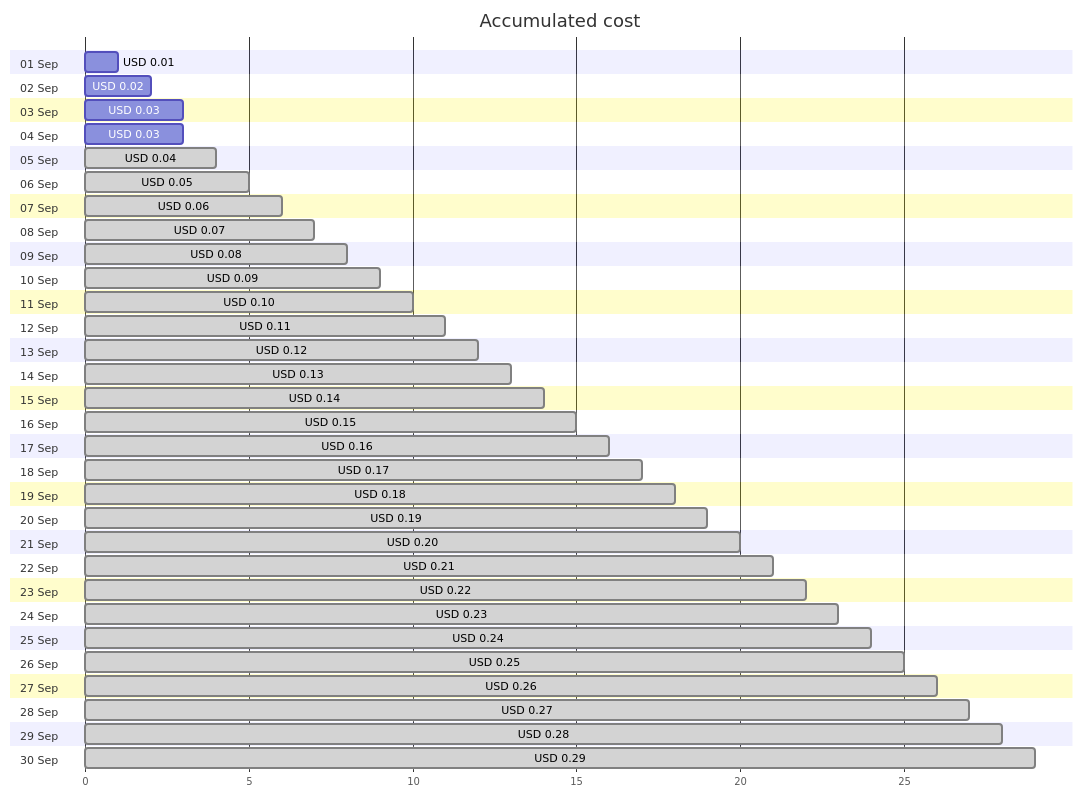
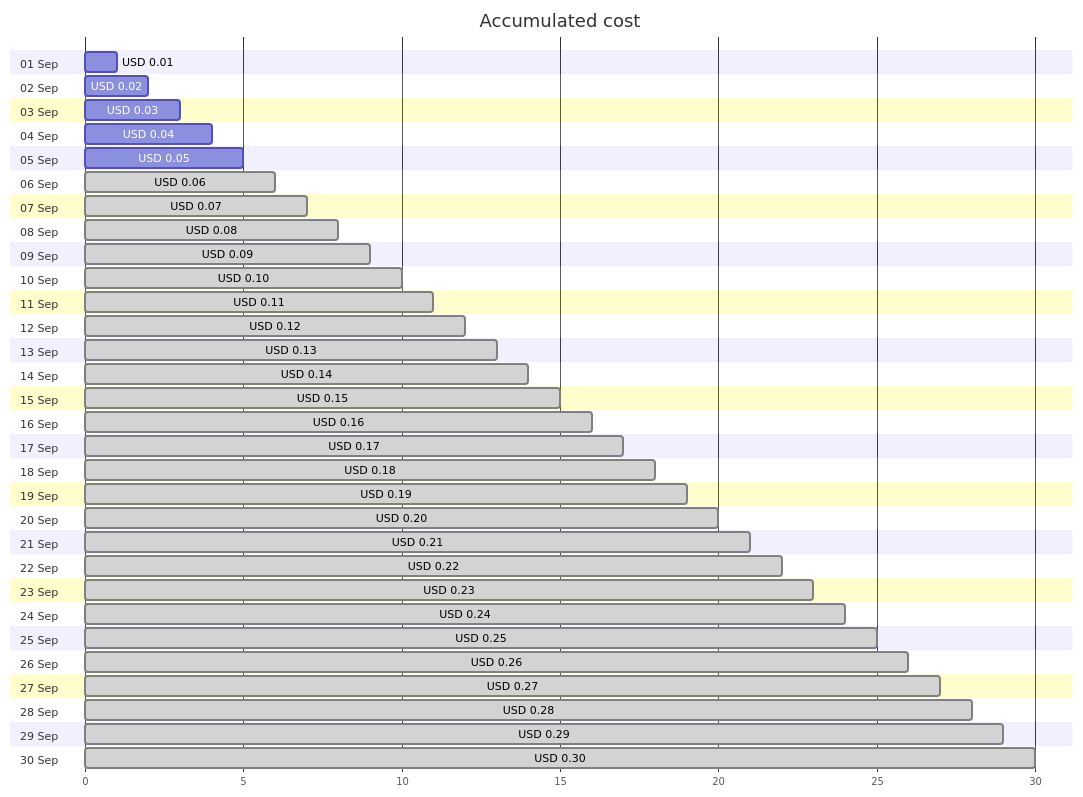
The first of 4 diagrams in cost-reports/cloud-shell-storage-eastus/README.md (jpfulton/azure-personal-reports), drawn with Mermaid before and after one commit. The commit also changed other lines of this file and 1 other file, not shown here.

````diff
--- a/cost-reports/cloud-shell-storage-eastus/README.md
+++ b/cost-reports/cloud-shell-storage-eastus/README.md
@@ -20,66 +20,66 @@
 ```mermaid
 gantt
    title Accumulated cost
    dateFormat  X
    axisFormat %s
    section 01 Sep
    USD 0.01 :0, 1
    section 02 Sep
    USD 0.02 :0, 2
    section 03 Sep
    USD 0.03 :0, 3
    section 04 Sep
-   USD 0.03 :0, 3
+   USD 0.04 :0, 4
    section 05 Sep
-   USD 0.04 : done, 0, 4
+   USD 0.05 :0, 5
    section 06 Sep
-   USD 0.05 : done, 0, 5
+   USD 0.06 : done, 0, 6
    section 07 Sep
-   USD 0.06 : done, 0, 6
+   USD 0.07 : done, 0, 7
    section 08 Sep
-   USD 0.07 : done, 0, 7
+   USD 0.08 : done, 0, 8
    section 09 Sep
-   USD 0.08 : done, 0, 8
+   USD 0.09 : done, 0, 9
    section 10 Sep
-   USD 0.09 : done, 0, 9
+   USD 0.10 : done, 0, 10
    section 11 Sep
-   USD 0.10 : done, 0, 10
+   USD 0.11 : done, 0, 11
    section 12 Sep
-   USD 0.11 : done, 0, 11
+   USD 0.12 : done, 0, 12
    section 13 Sep
-   USD 0.12 : done, 0, 12
+   USD 0.13 : done, 0, 13
    section 14 Sep
-   USD 0.13 : done, 0, 13
+   USD 0.14 : done, 0, 14
    section 15 Sep
-   USD 0.14 : done, 0, 14
+   USD 0.15 : done, 0, 15
    section 16 Sep
-   USD 0.15 : done, 0, 15
+   USD 0.16 : done, 0, 16
    section 17 Sep
-   USD 0.16 : done, 0, 16
+   USD 0.17 : done, 0, 17
    section 18 Sep
-   USD 0.17 : done, 0, 17
+   USD 0.18 : done, 0, 18
    section 19 Sep
-   USD 0.18 : done, 0, 18
+   USD 0.19 : done, 0, 19
    section 20 Sep
-   USD 0.19 : done, 0, 19
+   USD 0.20 : done, 0, 20
    section 21 Sep
-   USD 0.20 : done, 0, 20
+   USD 0.21 : done, 0, 21
    section 22 Sep
-   USD 0.21 : done, 0, 21
+   USD 0.22 : done, 0, 22
    section 23 Sep
-   USD 0.22 : done, 0, 22
+   USD 0.23 : done, 0, 23
    section 24 Sep
-   USD 0.23 : done, 0, 23
+   USD 0.24 : done, 0, 24
    section 25 Sep
-   USD 0.24 : done, 0, 24
+   USD 0.25 : done, 0, 25
    section 26 Sep
-   USD 0.25 : done, 0, 25
+   USD 0.26 : done, 0, 26
    section 27 Sep
-   USD 0.26 : done, 0, 26
+   USD 0.27 : done, 0, 27
    section 28 Sep
-   USD 0.27 : done, 0, 27
+   USD 0.28 : done, 0, 28
    section 29 Sep
-   USD 0.28 : done, 0, 28
+   USD 0.29 : done, 0, 29
    section 30 Sep
-   USD 0.29 : done, 0, 29
+   USD 0.30 : done, 0, 30
 ```
````
